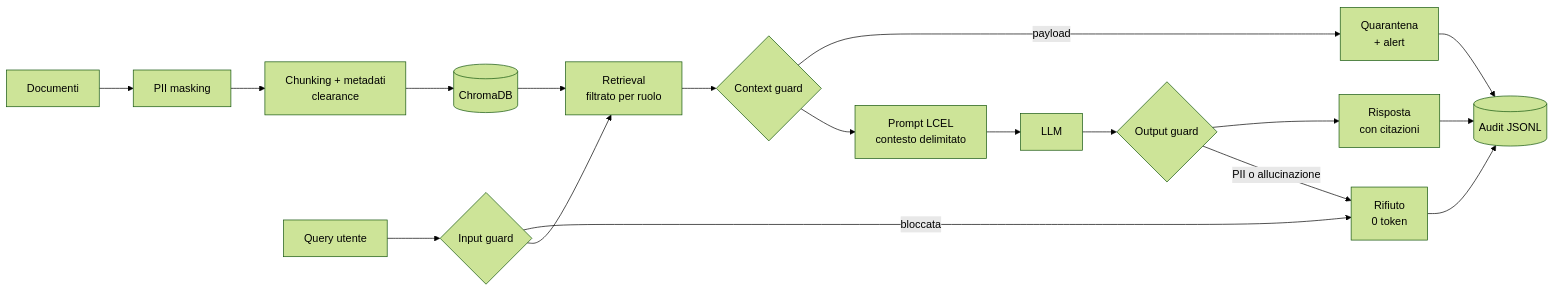
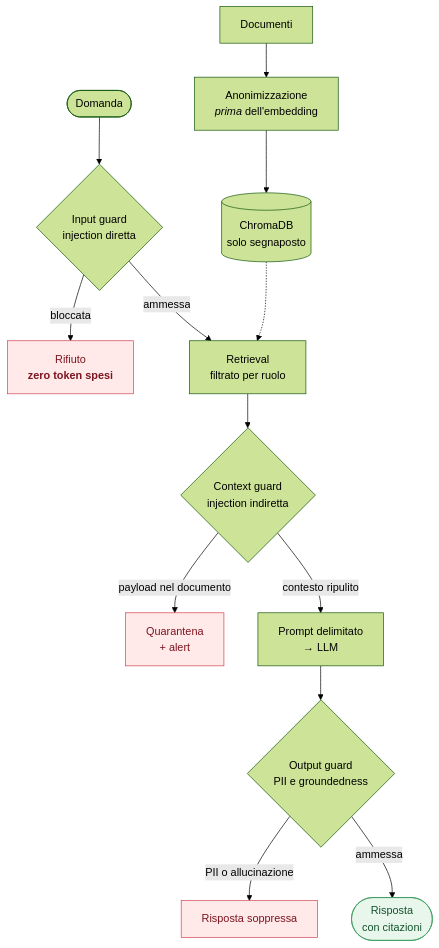
Before and after one commit to filipposemilia/secure-insurance-rag-ai: the diagram in README.md, drawn with Mermaid (forest theme). The commit also changed other lines of this file and 1 other file, not shown here.

Commit message:
Rende i diagrammi leggibili nel contenitore di GitHub
Erano tutti sintatticamente validi e due erano illeggibili: in flowchart LR
con molti nodi il disegno supera la larghezza della colonna markdown, viene
scalato per rientrare e il testo si riduce a nulla. I flussi lunghi passano
a TB, che cresce in altezza invece che in larghezza.

Il disegno ha reso evidente un errore di contenuto: la freccia bloccata
dell'output guard finiva nello stesso esito zero token spesi del blocco in
ingresso, ma una risposta soppressa in uscita la chiamata l'ha già pagata.
Ora sono due nodi distinti, con colore diverso dagli esiti riusciti.

````diff
--- a/README.md
+++ b/README.md
@@ -102,22 +102,23 @@
 ```mermaid
-flowchart LR
-    A[Documenti] --> B[PII masking]
-    B --> C[Chunking + metadati<br/>clearance]
-    C --> D[(ChromaDB)]
+flowchart TB
+    A["Documenti"] --> B["Anonimizzazione<br/><i>prima</i> dell'embedding"]
+    B --> D[("ChromaDB<br/>solo segnaposto")]
 
-    Q[Query utente] --> G1{Input guard}
-    G1 -->|bloccata| X[Rifiuto<br/>0 token]
-    G1 --> R[Retrieval<br/>filtrato per ruolo]
-    D --> R
-    R --> G2{Context guard}
-    G2 -->|payload| QU[Quarantena<br/>+ alert]
-    G2 --> P[Prompt LCEL<br/>contesto delimitato]
-    P --> L[LLM]
-    L --> G3{Output guard}
-    G3 --> ANS[Risposta<br/>con citazioni]
-    G3 -->|PII o allucinazione| X
+    Q(["Domanda"]) --> G1{"Input guard<br/>injection diretta"}
+    G1 -->|bloccata| X["Rifiuto<br/><b>zero token spesi</b>"]
+    G1 -->|ammessa| R["Retrieval<br/>filtrato per ruolo"]
+    D -.-> R
 
-    ANS --> AU[(Audit JSONL)]
-    X --> AU
-    QU --> AU
+    R --> G2{"Context guard<br/>injection indiretta"}
+    G2 -->|payload nel documento| QU["Quarantena<br/>+ alert"]
+    G2 -->|contesto ripulito| P["Prompt delimitato<br/>→ LLM"]
+
+    P --> G3{"Output guard<br/>PII e groundedness"}
+    G3 -->|PII o allucinazione| Y["Risposta soppressa"]
+    G3 -->|ammessa| ANS(["Risposta<br/>con citazioni"])
+
+    classDef stop fill:#ffe9e9,stroke:#d1424f,color:#7d1420
+    classDef ok fill:#e8f6ec,stroke:#3a9d5d,color:#14532d
+    class X,QU,Y stop
+    class ANS ok
 ```
````
